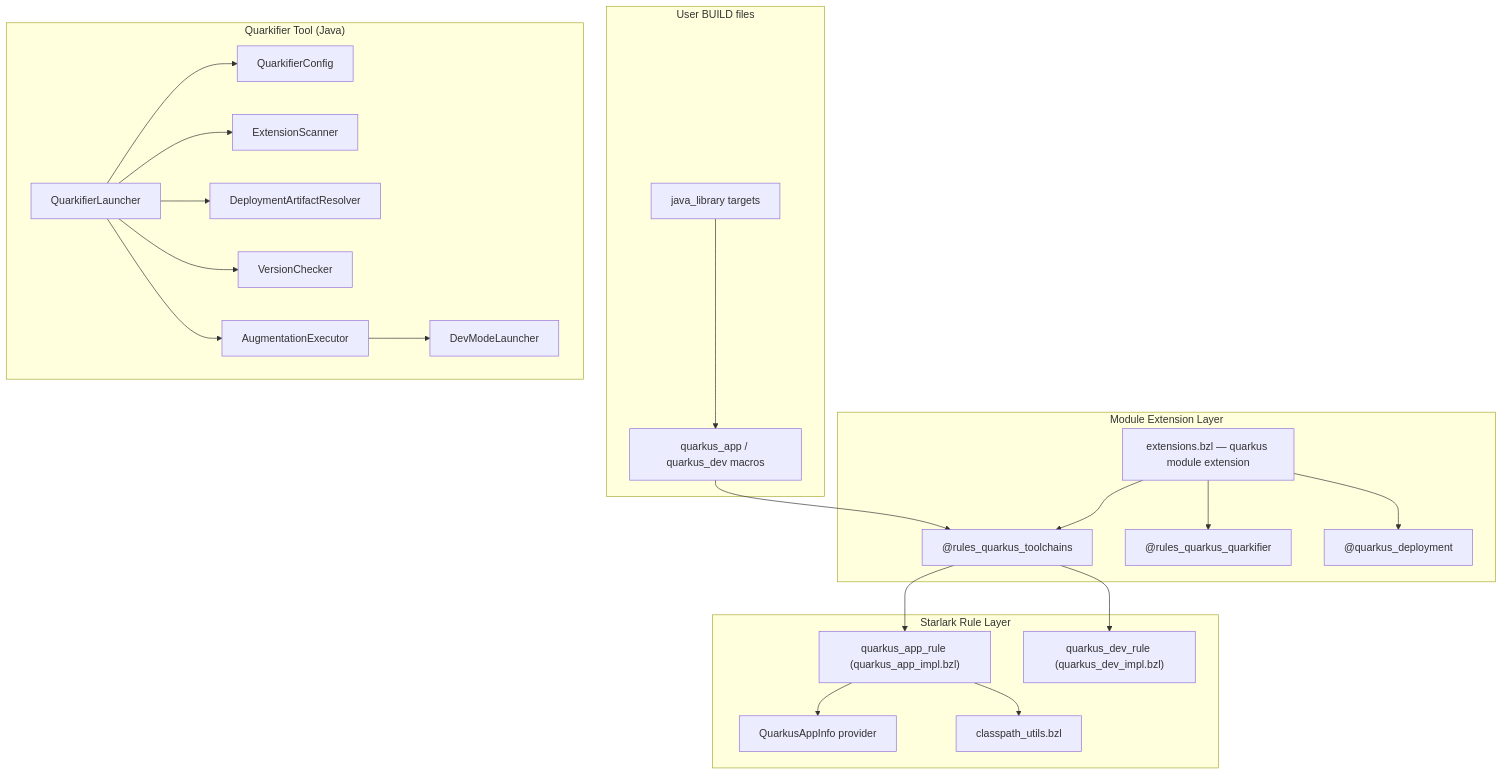
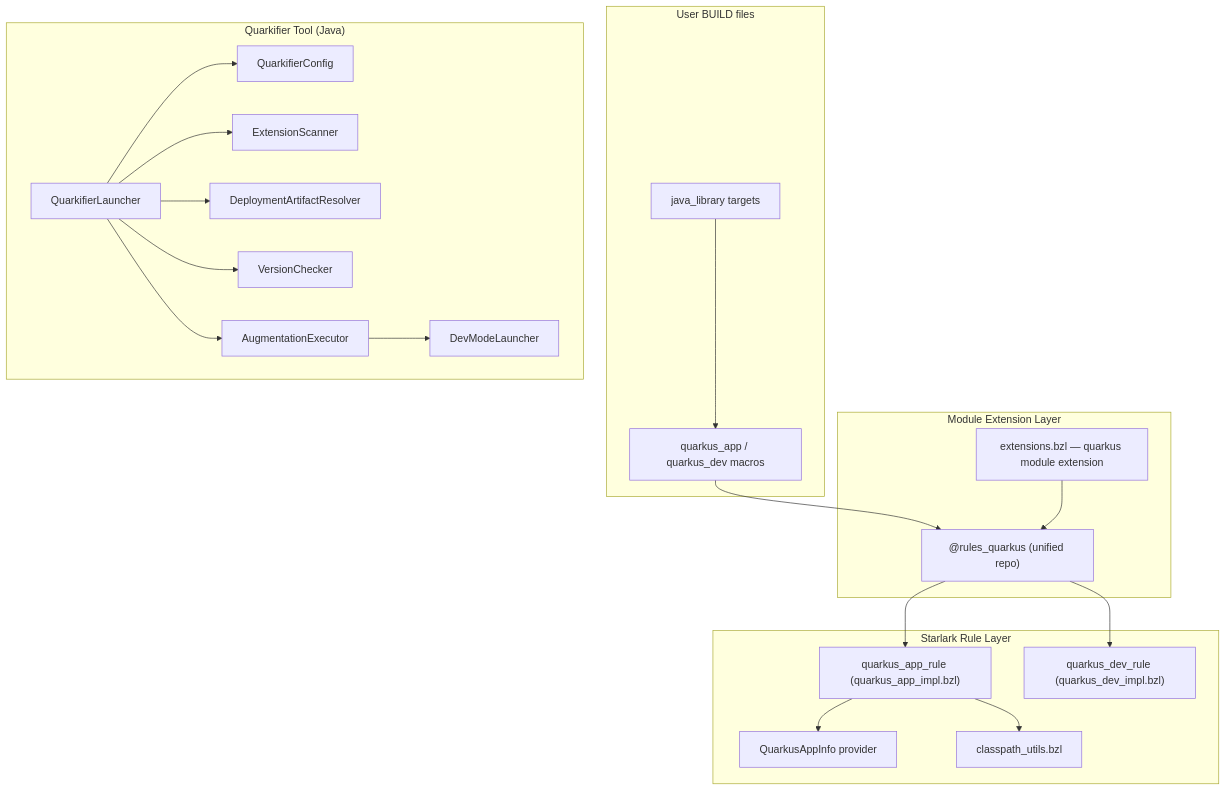
One commit to clementguillot/rules_quarkus changed the first of 2 diagrams in docs/architecture.md. Above: the diagram before and after it, drawn with Mermaid. The commit also changed other lines of this file and 20 other files, not shown here.

Commit message:
refactor(rules): unify generated repos into single `@rules_quarkus`

````diff
--- a/docs/architecture.md
+++ b/docs/architecture.md
@@ -24,47 +24,43 @@
 ```mermaid
 graph TD
     subgraph "User BUILD files"
         JL[java_library targets]
         QA["quarkus_app / quarkus_dev macros"]
     end
 
     subgraph "Starlark Rule Layer"
         QA_IMPL["quarkus_app_rule (quarkus_app_impl.bzl)"]
         QD_IMPL["quarkus_dev_rule (quarkus_dev_impl.bzl)"]
         PROVIDERS["QuarkusAppInfo provider"]
         CP_UTILS["classpath_utils.bzl"]
     end
 
     subgraph "Module Extension Layer"
         EXT["extensions.bzl — quarkus module extension"]
-        TOOLCHAINS_REPO["@rules_quarkus_toolchains"]
-        QUARKIFIER_REPO["@rules_quarkus_quarkifier"]
-        DEPLOY_REPO["@quarkus_deployment"]
+        RULES_REPO["@rules_quarkus (unified repo)"]
     end
 
     subgraph "Quarkifier Tool (Java)"
         LAUNCHER["QuarkifierLauncher"]
         CONFIG["QuarkifierConfig"]
         SCANNER["ExtensionScanner"]
         RESOLVER["DeploymentArtifactResolver"]
         VCHECK["VersionChecker"]
         EXECUTOR["AugmentationExecutor"]
         DEVMODE["DevModeLauncher"]
     end
 
     JL --> QA
-    QA --> TOOLCHAINS_REPO
-    TOOLCHAINS_REPO --> QA_IMPL
-    TOOLCHAINS_REPO --> QD_IMPL
+    QA --> RULES_REPO
+    RULES_REPO --> QA_IMPL
+    RULES_REPO --> QD_IMPL
     QA_IMPL --> PROVIDERS
     QA_IMPL --> CP_UTILS
-    EXT --> TOOLCHAINS_REPO
-    EXT --> QUARKIFIER_REPO
-    EXT --> DEPLOY_REPO
+    EXT --> RULES_REPO
     LAUNCHER --> CONFIG
     LAUNCHER --> SCANNER
     LAUNCHER --> RESOLVER
     LAUNCHER --> VCHECK
     LAUNCHER --> EXECUTOR
     EXECUTOR --> DEVMODE
 ```
````
